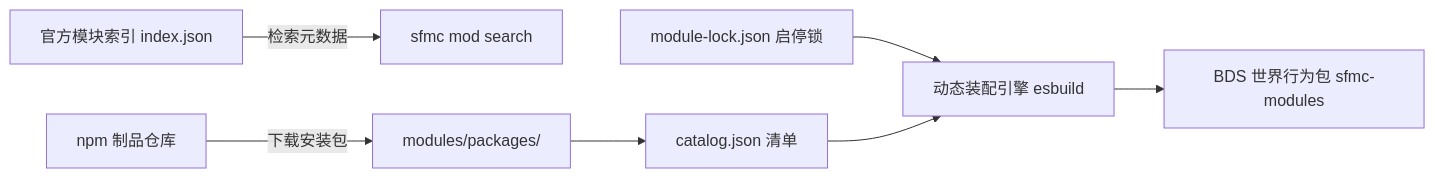
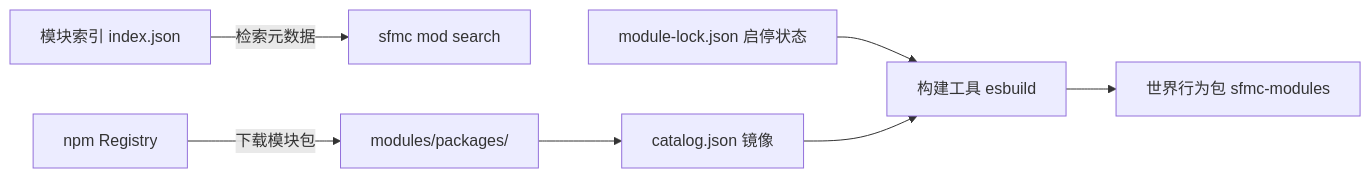
The diagram in docs/zh/guide/modules.mdx (DogeLakeDev/ScriptsForMinecraftServer), drawn with Mermaid before and after one commit. The commit also changed other lines of this file and 282 other files, not shown here.

````diff
--- a/docs/zh/guide/modules.mdx
+++ b/docs/zh/guide/modules.mdx
@@ -21,9 +21,9 @@
 ```mermaid
 flowchart LR
-  Index[官方模块索引 index.json] -->|检索元数据| CLI[sfmc mod search]
-  npm[npm 制品仓库] -->|下载安装包| Local[modules/packages/]
-  Local --> Catalog[catalog.json 清单]
-  Lock[module-lock.json 启停锁] --> Assembler[动态装配引擎 esbuild]
+  Index[模块索引 index.json] -->|检索元数据| CLI[sfmc mod search]
+  npm[npm Registry] -->|下载模块包| Local[modules/packages/]
+  Local --> Catalog[catalog.json 镜像]
+  Lock[module-lock.json 启停状态] --> Assembler[构建工具 esbuild]
   Catalog --> Assembler
-  Assembler --> BP[BDS 世界行为包 sfmc-modules]
+  Assembler --> BP[世界行为包 sfmc-modules]
 ```
````
